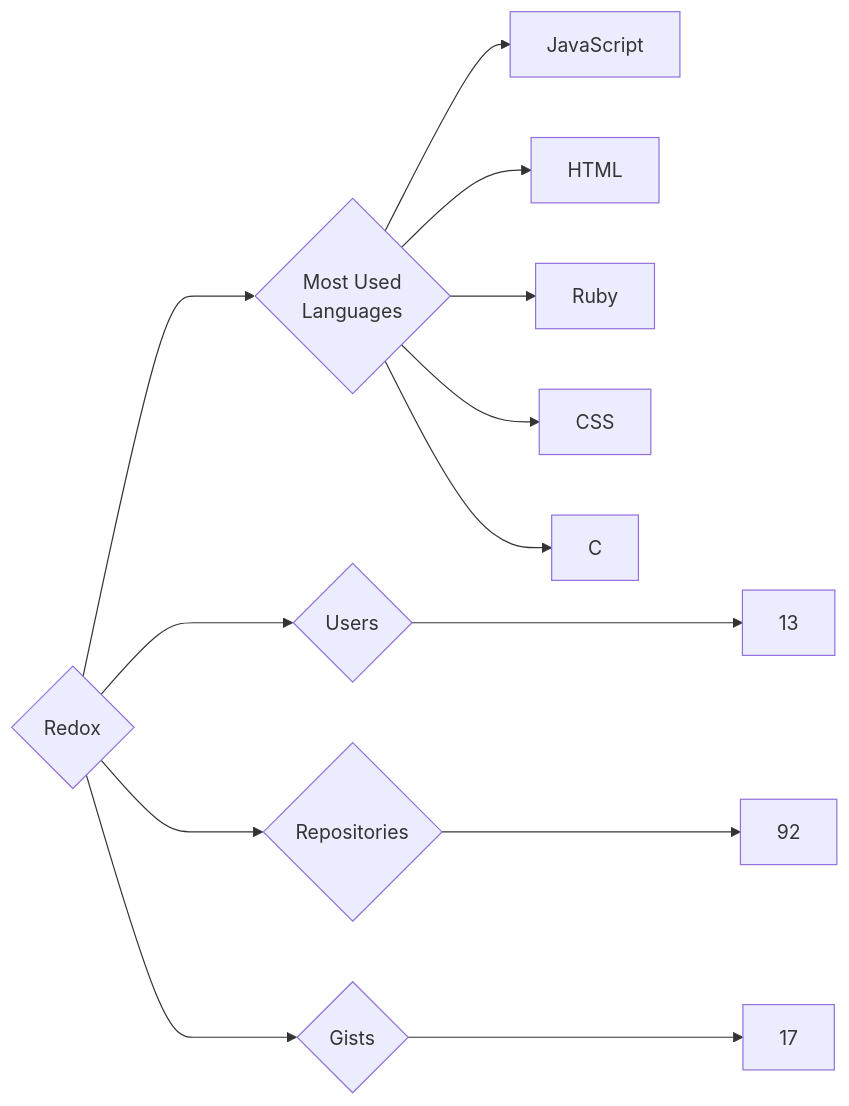
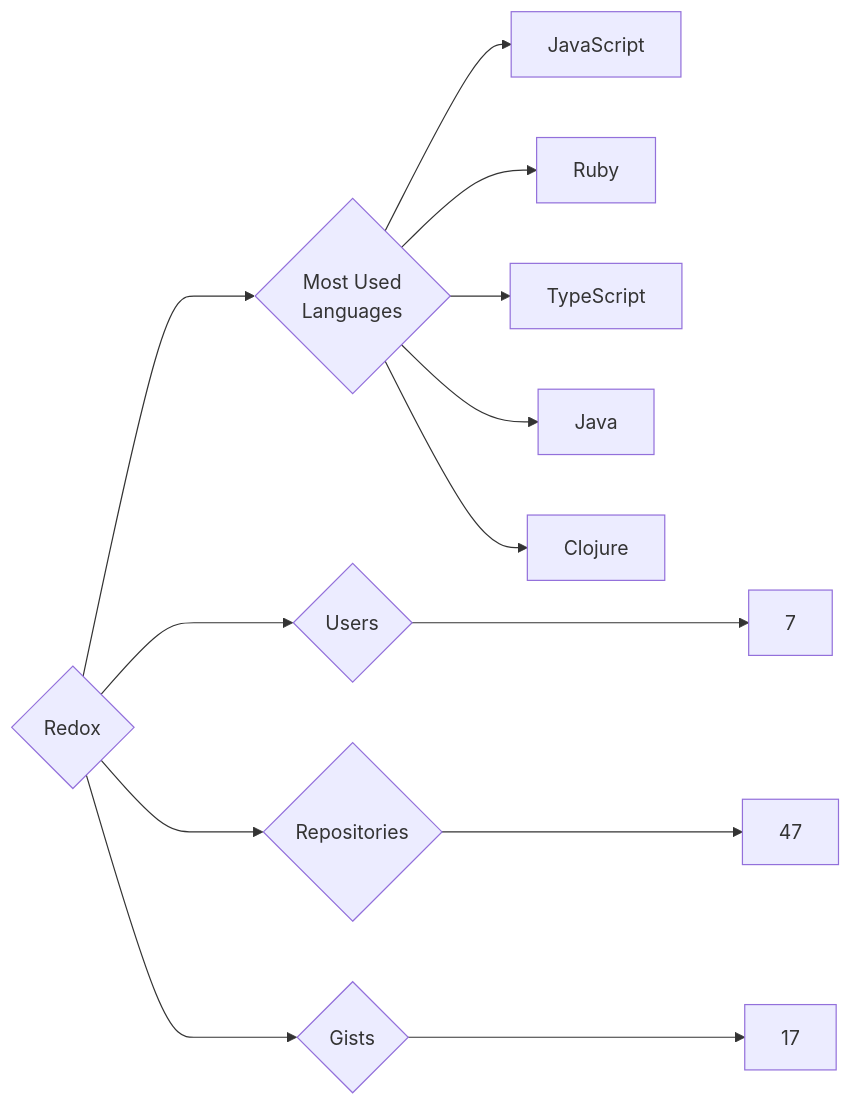
One commit to trickest/insiders changed the diagram in targets/Redox/README.md. Above: the diagram before and after it, drawn with Mermaid. The commit also changed 814 other files, not shown here.

````diff
--- a/targets/Redox/README.md
+++ b/targets/Redox/README.md
@@ -3,13 +3,13 @@
 ```mermaid
 graph LR
 COMPANY_NAME{Redox}
-COMPANY_NAME ---> U{Users} ---> UN[13]
-COMPANY_NAME ---> R{Repositories} ---> RN[92]
+COMPANY_NAME ---> U{Users} ---> UN[7]
+COMPANY_NAME ---> R{Repositories} ---> RN[47]
 COMPANY_NAME ---> G{Gists} ---> GN[17]
 COMPANY_NAME ---> ML{Most Used<br>Languages}
 ML --> JavaScript[JavaScript]
-ML --> HTML[HTML]
 ML --> Ruby[Ruby]
-ML --> CSS[CSS]
-ML --> C[C]
+ML --> TypeScript[TypeScript]
+ML --> Java[Java]
+ML --> Clojure[Clojure]
 ```
````
